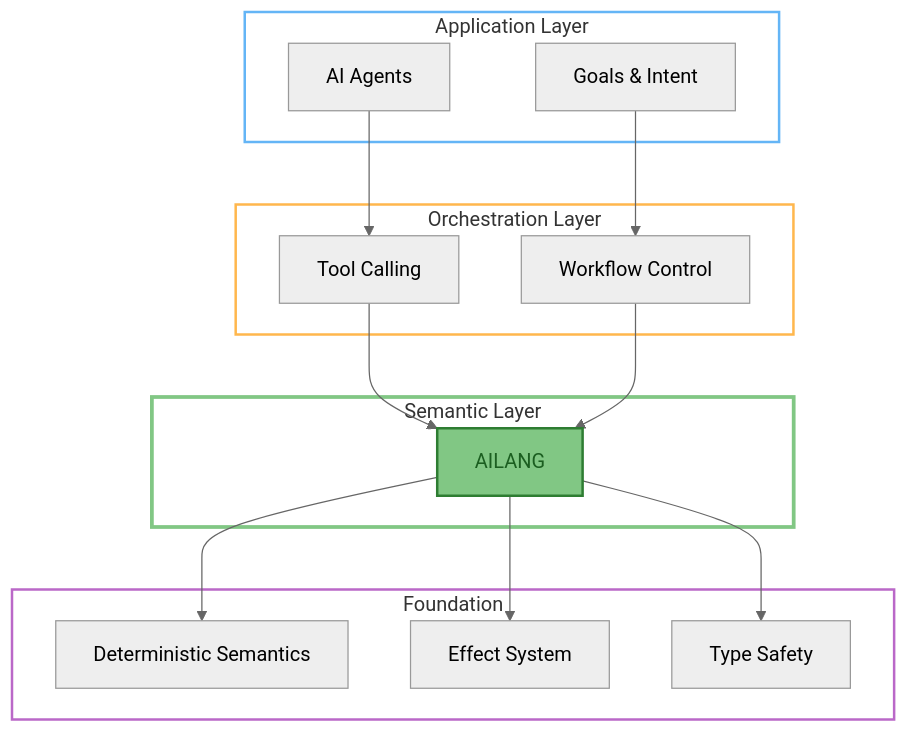
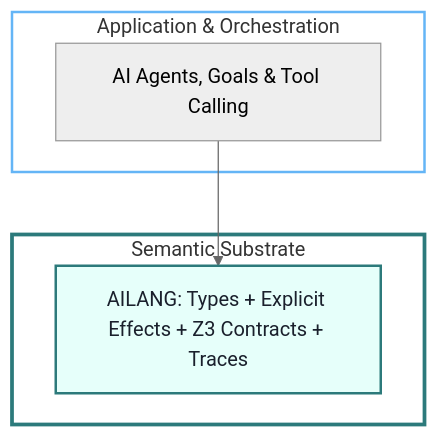
Before and after one commit to sunholo-data/ailang: the first of 3 diagrams in docs/docs/guides/ailang-vs-agents.mdx, drawn with Mermaid. The commit also changed other lines of this file and 42 other files, not shown here.

Commit message:
docs(m3): agent hub, three-camps merge, ai-effect tool loop, policy rewrite, prompt cleanup

````diff
--- a/docs/docs/guides/ailang-vs-agents.mdx
+++ b/docs/docs/guides/ailang-vs-agents.mdx
@@ -74,37 +29,14 @@
 ```mermaid
 %%{init: {'theme': 'neutral'}}%%
 graph TB
-    subgraph APP["Application Layer"]
-        A["AI Agents"]
-        B["Goals & Intent"]
+    subgraph APP["Application & Orchestration"]
+        A["AI Agents, Goals & Tool Calling"]
     end
-
-    subgraph ORCH["Orchestration Layer"]
-        C["Tool Calling"]
-        D["Workflow Control"]
+    subgraph SEM["Semantic Substrate"]
+        E["AILANG: Types + Explicit Effects + Z3 Contracts + Traces"]
     end
-
-    subgraph SEM["Semantic Layer"]
-        E["AILANG"]
-    end
-
-    subgraph FOUND["Foundation"]
-        F["Deterministic Semantics"]
-        G["Effect System"]
-        H["Type Safety"]
-    end
-
-    A --> C
-    B --> D
-    C --> E
-    D --> E
-    E --> F
-    E --> G
-    E --> H
-
+    A --> E
     style APP fill:transparent,stroke:#64b5f6,stroke-width:2px
-    style ORCH fill:transparent,stroke:#ffb74d,stroke-width:2px
-    style SEM fill:transparent,stroke:#81c784,stroke-width:3px
-    style FOUND fill:transparent,stroke:#ba68c8,stroke-width:2px
-    style E fill:#81c784,stroke:#2e7d32,stroke-width:2px,color:#1b5e20
+    style SEM fill:transparent,stroke:#2c7a7b,stroke-width:3px
+    style E fill:#e6fffa,stroke:#2c7a7b,stroke-width:2px,color:#1a202c
 ```
````
